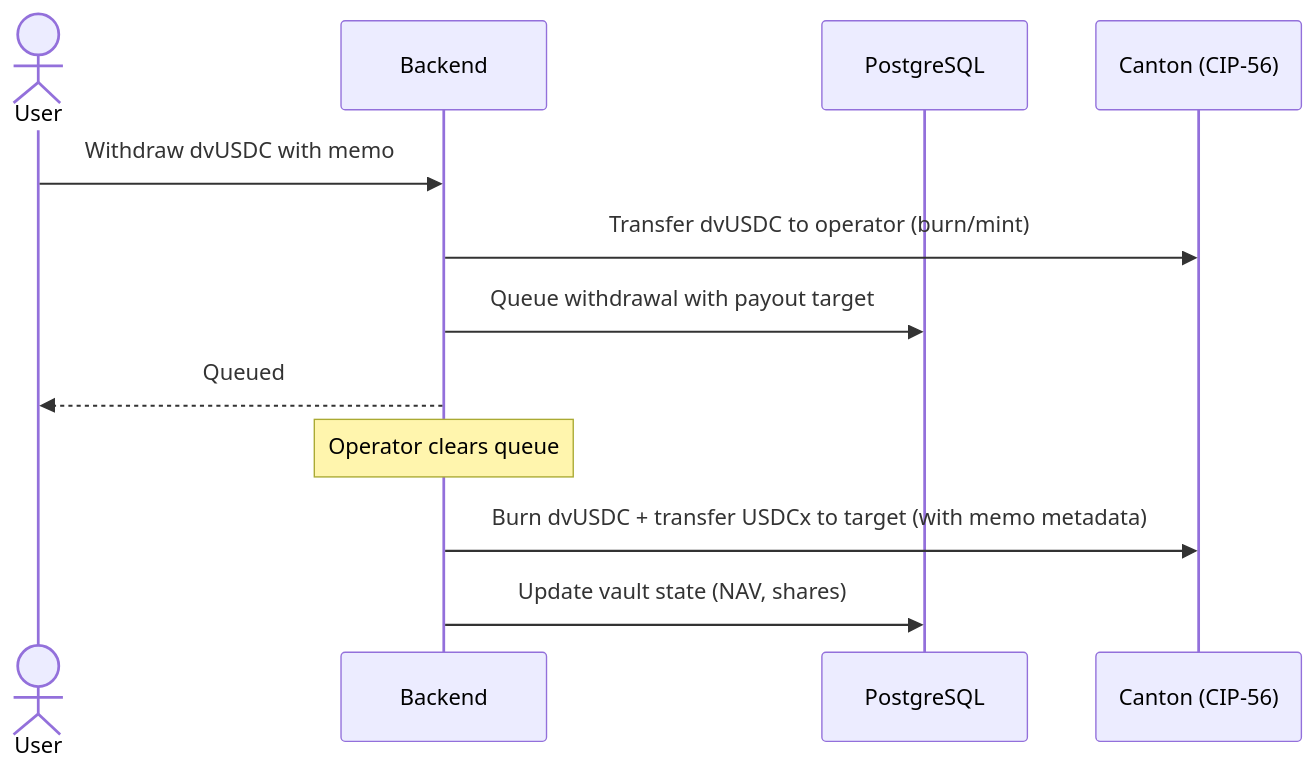
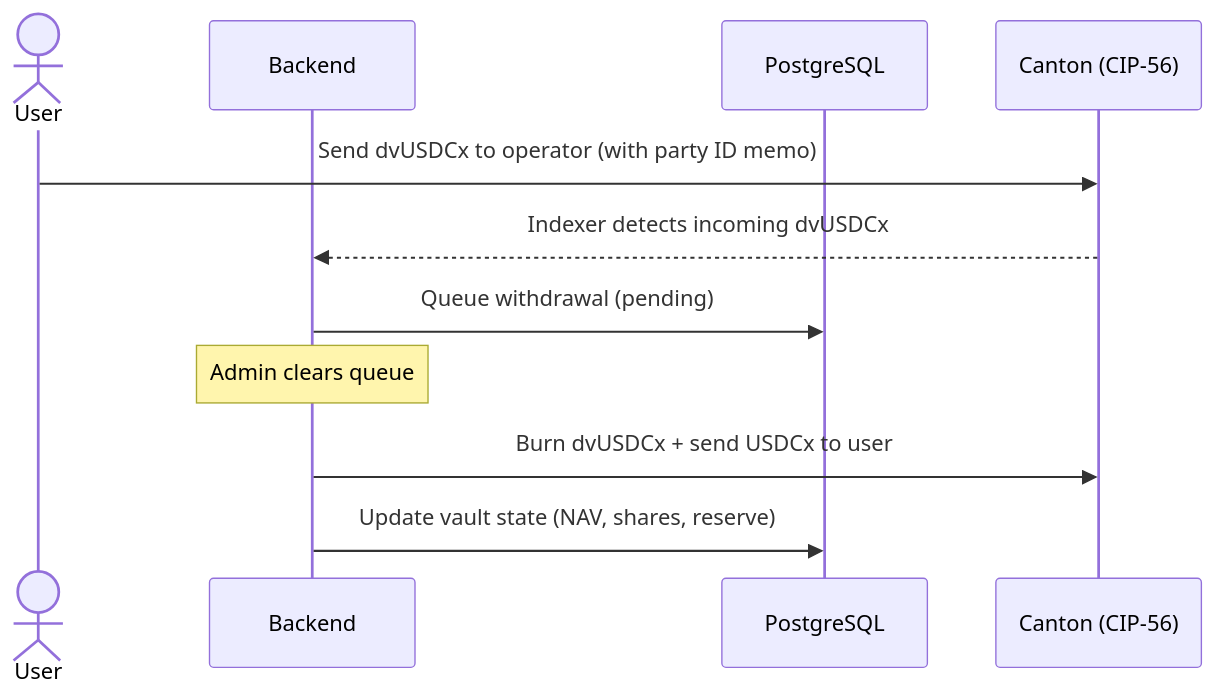
The third of 3 diagrams in README.md (dittonetwork/ditto-ccvault), drawn with Mermaid before and after one commit. The commit also changed other lines of this file and 1 other file, not shown here.

First line of the commit message:
Update public README to reflect V2 non-custodial architecture

````diff
--- a/README.md
+++ b/README.md
@@ -124,16 +97,14 @@
 ```mermaid
 sequenceDiagram
     actor User
     participant BE as Backend
     participant DB as PostgreSQL
     participant CN as Canton (CIP-56)
 
-    User->>BE: Withdraw dvUSDC with memo
-    BE->>CN: Transfer dvUSDC to operator (burn/mint)
-    BE->>DB: Queue withdrawal with payout target
-    BE-->>User: Queued
-
-    Note over BE: Operator clears queue
-    BE->>CN: Burn dvUSDC + transfer USDCx to target (with memo metadata)
-    BE->>DB: Update vault state (NAV, shares)
+    User->>CN: Send dvUSDCx to operator (with party ID memo)
+    CN-->>BE: Indexer detects incoming dvUSDCx
+    BE->>DB: Queue withdrawal (pending)
+    Note over BE: Admin clears queue
+    BE->>CN: Burn dvUSDCx + send USDCx to user
+    BE->>DB: Update vault state (NAV, shares, reserve)
 ```
````
